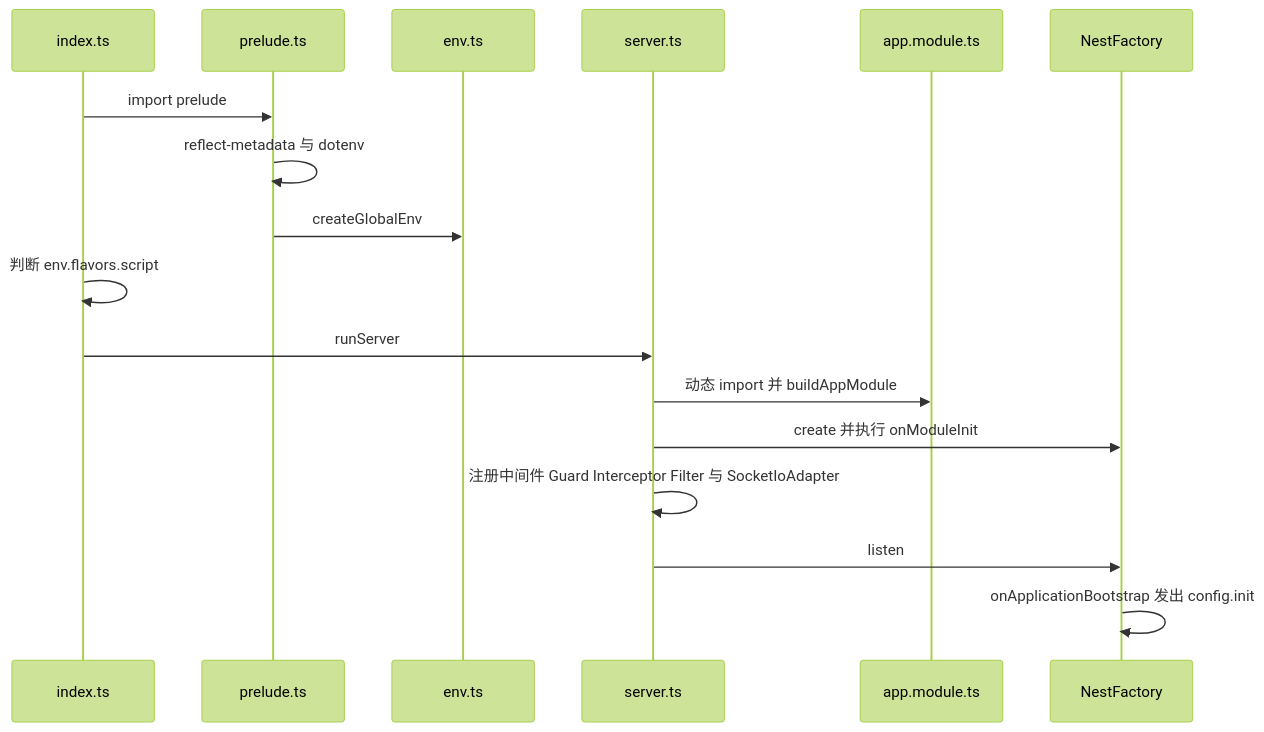
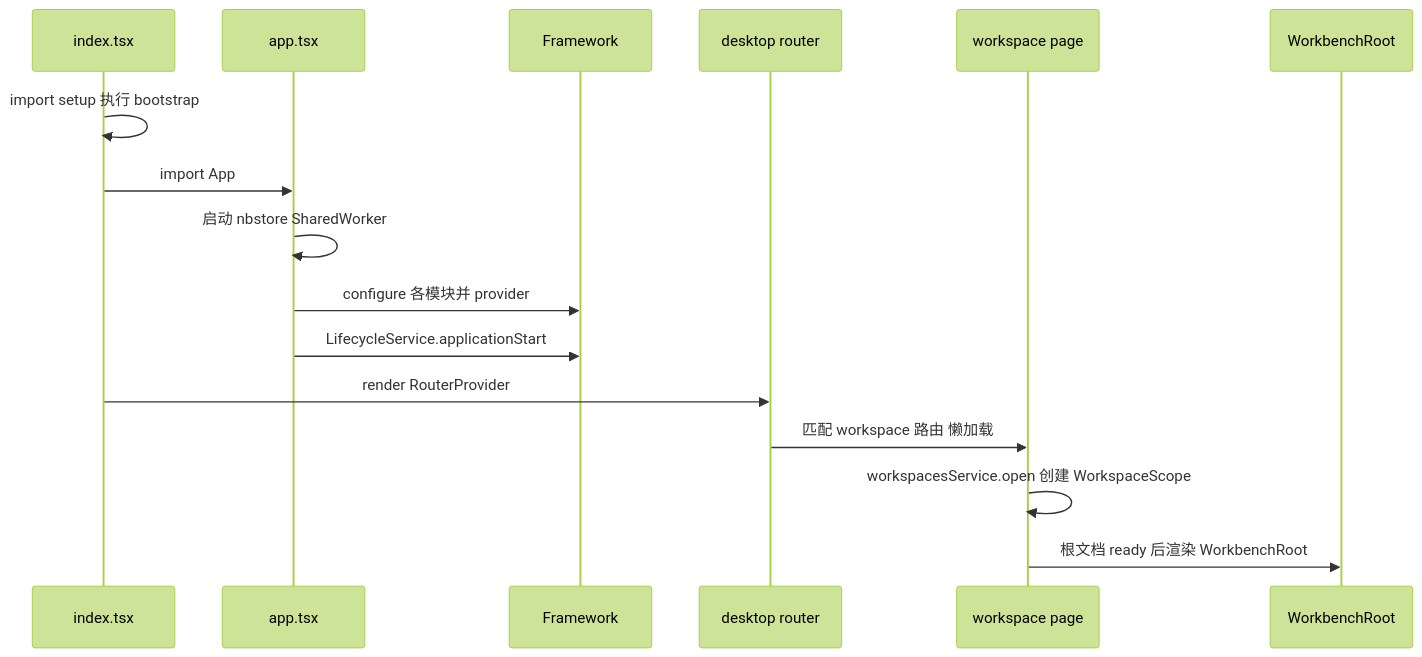
The second of 7 diagrams in learning-guide/slides/decks/21.md (lfire/AFFiNE), drawn with Mermaid (forest theme) before and after one commit. The commit also changed other lines of this file and 73 other files, not shown here.

````diff
--- a/learning-guide/slides/decks/21.md
+++ b/learning-guide/slides/decks/21.md
@@ -178,19 +170,18 @@
 ```mermaid
 sequenceDiagram
-  participant I as index.ts
-  participant P as prelude.ts
-  participant E as env.ts
-  participant S as server.ts
-  participant M as app.module.ts
-  participant Nest as NestFactory
-  I->>P: import prelude
-  P->>P: reflect-metadata 与 dotenv
-  P->>E: createGlobalEnv
-  I->>I: 判断 env.flavors.script
-  I->>S: runServer
-  S->>M: 动态 import 并 buildAppModule
-  S->>Nest: create 并执行 onModuleInit
-  S->>S: 注册中间件 Guard Interceptor Filter 与 SocketIoAdapter
-  S->>Nest: listen
-  Nest->>Nest: onApplicationBootstrap 发出 config.init
+  participant IDX as index.tsx
+  participant APP as app.tsx
+  participant FW as Framework
+  participant R as desktop router
+  participant WP as workspace page
+  participant WB as WorkbenchRoot
+  IDX->>IDX: import setup 执行 bootstrap
+  IDX->>APP: import App
+  APP->>APP: 启动 nbstore SharedWorker
+  APP->>FW: configure 各模块并 provider
+  APP->>FW: LifecycleService.applicationStart
+  IDX->>R: render RouterProvider
+  R->>WP: 匹配 workspace 路由 懒加载
+  WP->>WP: workspacesService.open 创建 WorkspaceScope
+  WP->>WB: 根文档 ready 后渲染 WorkbenchRoot
 ```
````
